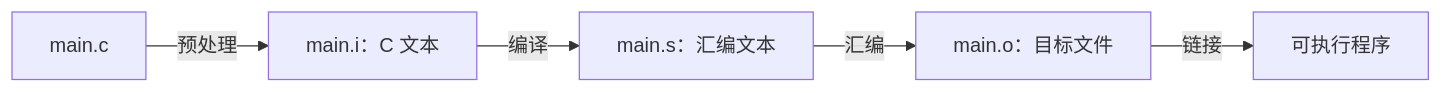
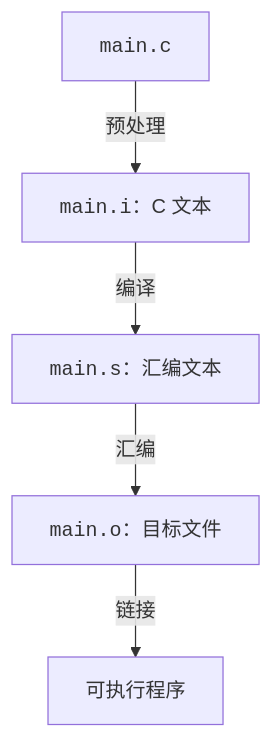
One commit to trident-rm/The-Book-of-EC changed the diagram in src/nodes/engineering/c-cpp-toolchain/single-file.md. Above: the diagram before and after it, drawn with Mermaid. The commit also changed other lines of this file and 7 other files, not shown here.

````diff
--- a/src/nodes/engineering/c-cpp-toolchain/single-file.md
+++ b/src/nodes/engineering/c-cpp-toolchain/single-file.md
@@ -101,7 +120,7 @@
 ```mermaid
-flowchart LR
-    c["main.c"] -->|预处理| i["main.i：C 文本"]
-    i -->|编译| s["main.s：汇编文本"]
-    s -->|汇编| o["main.o：目标文件"]
+flowchart
+    c["<code>main.c</code>"] -->|预处理| i["<code>main.i</code>：C 文本"]
+    i -->|编译| s["<code>main.s</code>：汇编文本"]
+    s -->|汇编| o["<code>main.o</code>：目标文件"]
     o -->|链接| app["可执行程序"]
 ```
````
